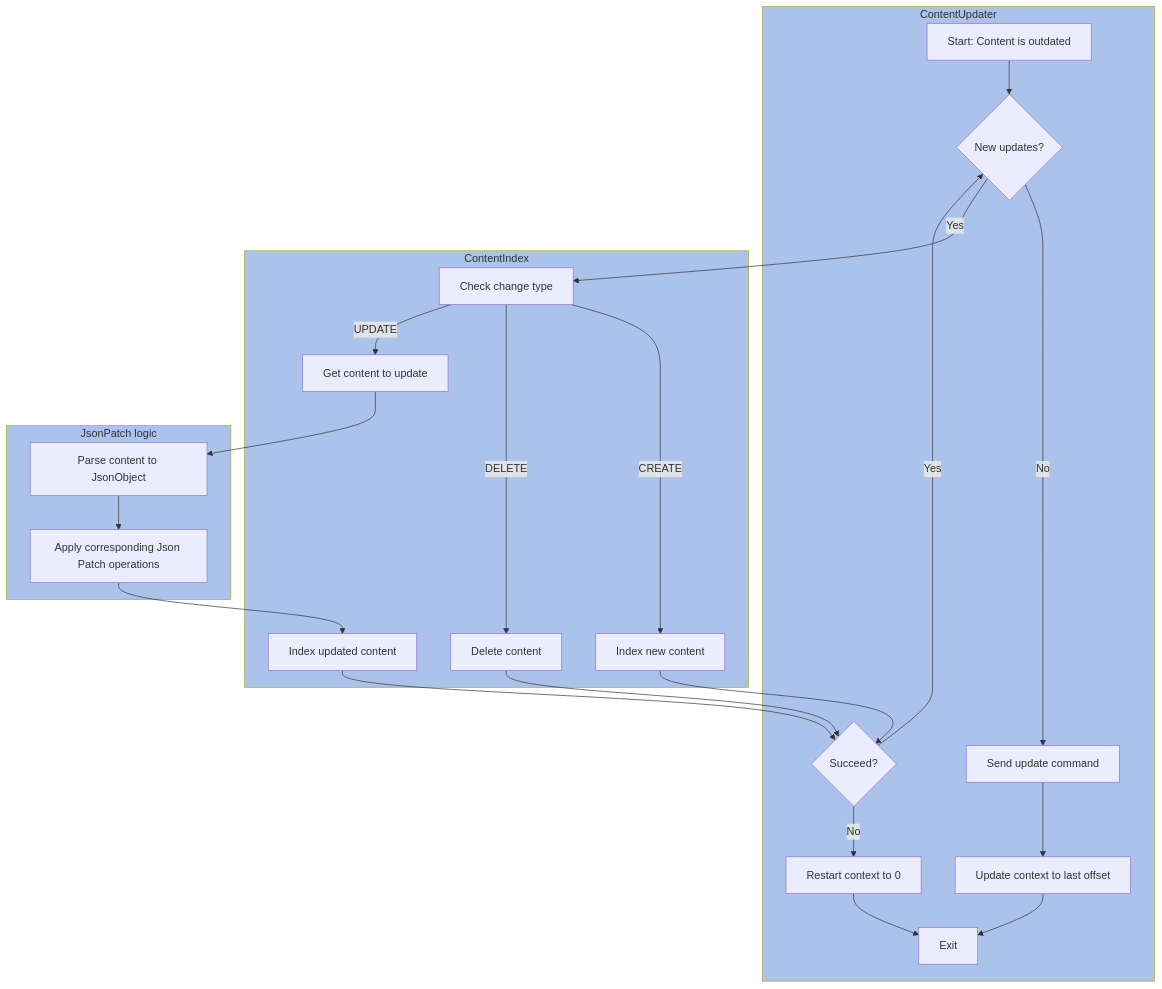
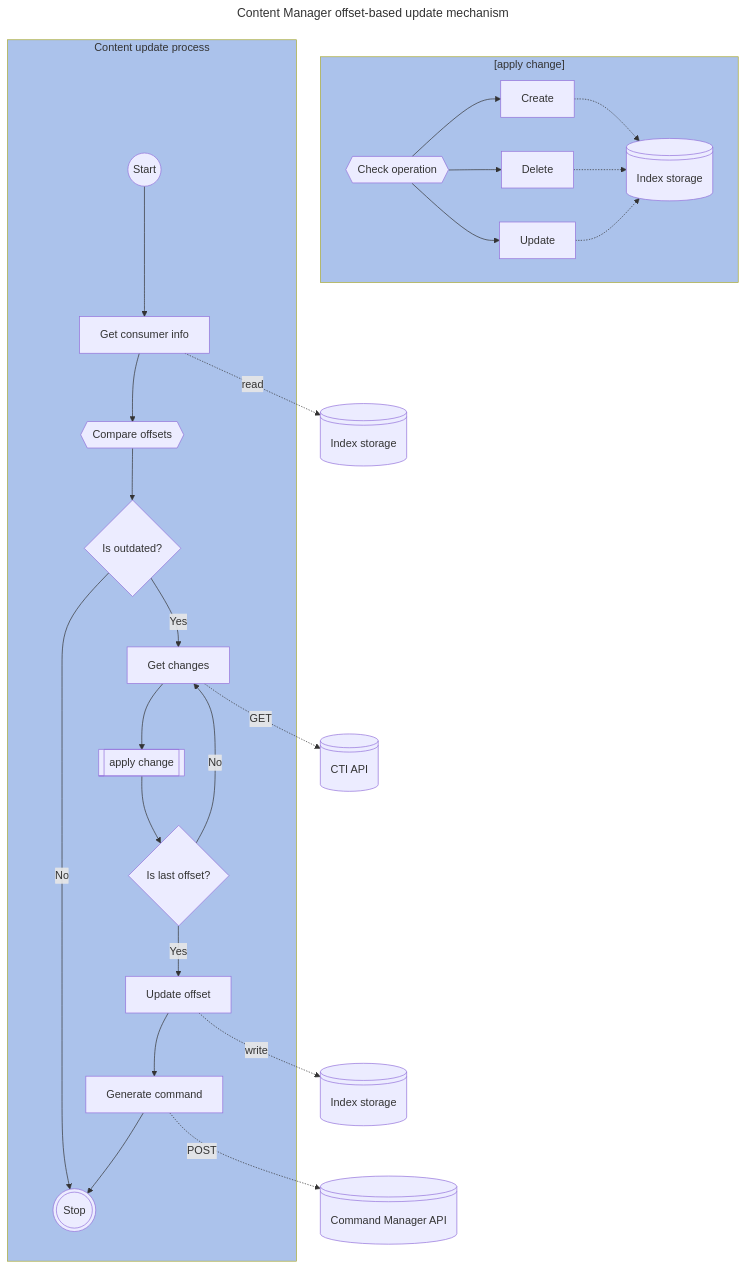
The fourth of 4 diagrams in docs/ref/modules/content-manager/architecture.md (wazuh/wazuh-indexer-plugins), drawn with Mermaid before and after one commit. The commit also changed other lines of this file and 2 other files, not shown here.

Commit message:
Update Content Manager documentation

````diff
--- a/docs/ref/modules/content-manager/architecture.md
+++ b/docs/ref/modules/content-manager/architecture.md
@@ -159,49 +167,60 @@
 ```mermaid
+---
+title: Content Manager offset-based update mechanism
+---
 flowchart TD
-    subgraph ContentUpdater["ContentUpdater"]
-        A["Start: Content is outdated"]
-        B["New updates?"]
-        C["Send update command"]
-        K["Succeed?"]
-        L["Restart context to 0"]
-        M["Exit"]
-        N["Update context to last offset"]
+    ContextIndex1@{ shape: lin-cyl, label: "Index storage" }
+    ContextIndex2@{ shape: lin-cyl, label: "Index storage" }
+    CTI_API@{ shape: lin-cyl, label: "CTI API" }
+    CM_API@{ shape: lin-cyl, label: "Command Manager API" }
+
+    subgraph ContentIndex["[apply change]"]
+        direction LR
+        OperationType --> Create
+        OperationType --> Update
+        OperationType --> Delete
+        Create -.-> CVE_Index
+        Delete -.-> CVE_Index
+        Update -.-> CVE_Index
+
+        OperationType@{ shape: hex, label: "Check operation" }
+
+        Create["Create"]
+        Delete["Delete"]
+        Update["Update"]
+
+        CVE_Index@{ shape: lin-cyl, label: "Index storage" }
     end
 
-    subgraph ContentIndex["ContentIndex"]
-        D["Check change type"]
-        E["Index new content"]
-        F["Delete content"]
-        G["Get content to update"]
-        H["Index updated content"]
-    end
-
-    subgraph JsonPatch["JsonPatch logic"]
-        I["Parse content to JsonObject"]
-        J["Apply corresponding Json Patch operations"]
+    subgraph ContentUpdater["Content update process"]
+        Start@{ shape: circle, label: "Start" }
+        End@{ shape: dbl-circ, label: "Stop" }
+        GetConsumerInfo["Get consumer info"]
+        CompareOffsets@{ shape: hex, label: "Compare offsets" }
+        IsOutdated@{ shape: diamond, label: "Is outdated?" }
+        GetChanges["Get changes"]
+        ApplyChange@{ shape: subproc, label: "apply change" }
+        IsLastOffset@{ shape: diamond, label: "Is last offset?"}
+        UpdateOffset["Update offset"]
+        GenerateCommand["Generate command"]
     end
 
     %% Flow
-    A --> B
-    B -- No --> C --> N --> M
-    B -- Yes --> D
-
-
-    %% Create / Delete
-    D -- CREATE --> E --> K
-    D -- DELETE --> F --> K
-
-    %% Update path
-    D -- UPDATE --> G --> I --> J --> H --> K
-
-    %% On error
-    K -- Yes --> B
-    K -- No --> L --> M
+    Start --> GetConsumerInfo
+    GetConsumerInfo --> CompareOffsets
+    GetConsumerInfo -.read.-> ContextIndex1
+    CompareOffsets --> IsOutdated
+    IsOutdated -- No --> End
+    IsOutdated -- Yes --> GetChanges
+    GetChanges -.GET.-> CTI_API
+    GetChanges --> ApplyChange
+    ApplyChange --> IsLastOffset
+    IsLastOffset -- No --> GetChanges
+    IsLastOffset -- Yes --> UpdateOffset
+    UpdateOffset --> GenerateCommand --> End
+    UpdateOffset -.write.-> ContextIndex2
+    GenerateCommand -.POST.-> CM_API
 
     style ContentUpdater fill:#abc2eb
     style ContentIndex fill:#abc2eb
-    style JsonPatch fill:#abc2eb
-
-    B@{ shape: diam}
-    K@{ shape: diam}
 ```
````
